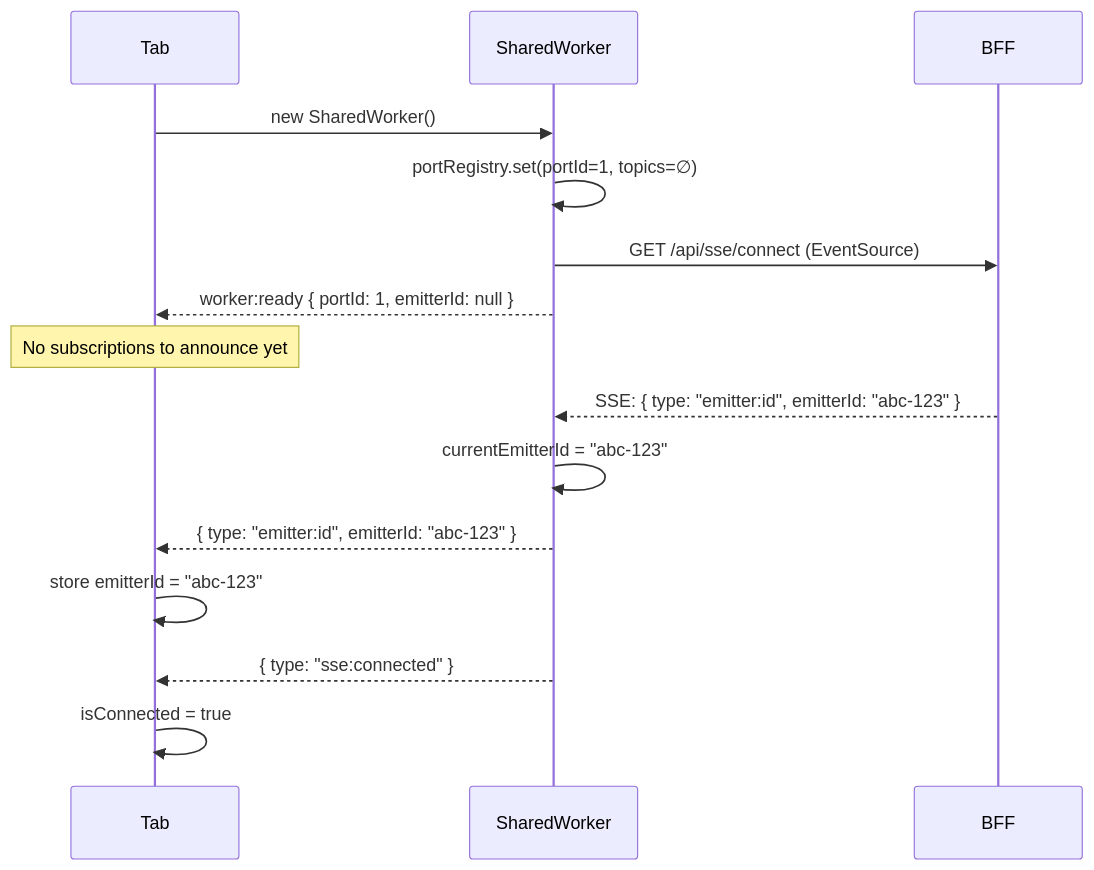
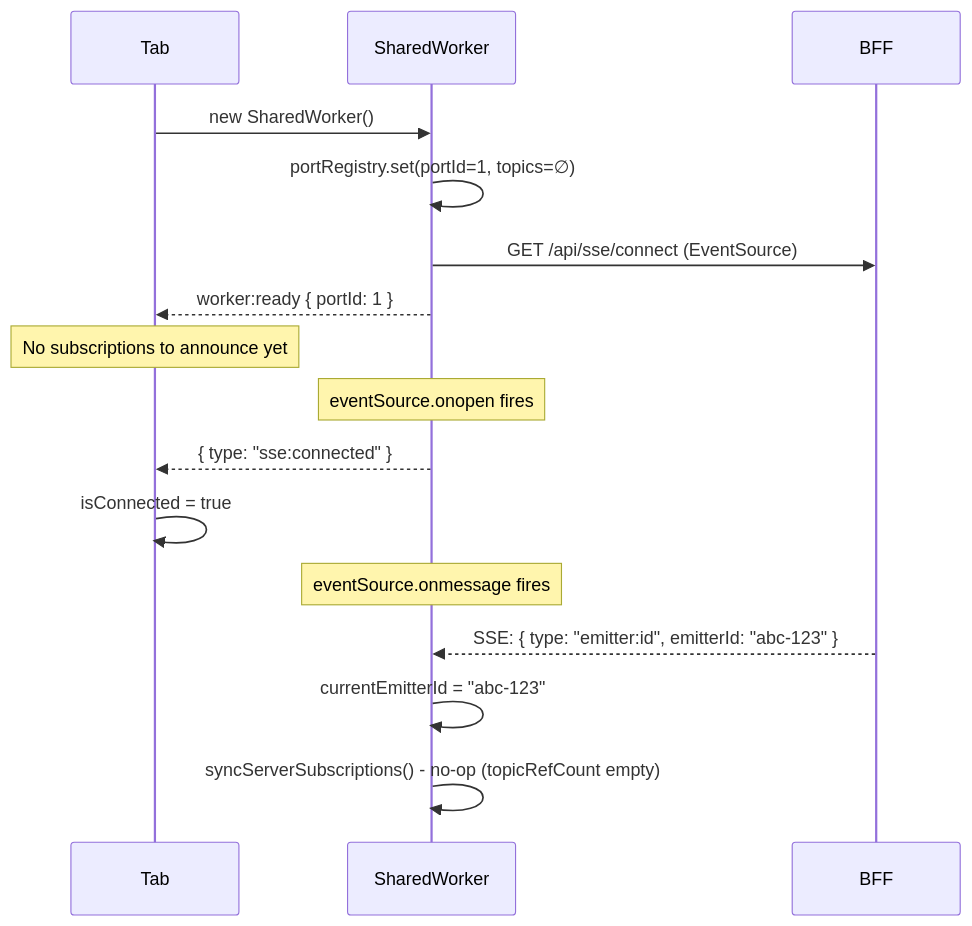
Before and after one commit to iarroyo/sse-demo: the first of 7 diagrams in SSE-DIAGRAMS.md, drawn with Mermaid. The commit also changed other lines of this file and 1 other file, not shown here.

Commit message:
docs(sse): fix onopen/onmessage ordering in diagrams and scenarios
sse:connected (onopen) always fires before emitter:id (onmessage).
Corrected the sequence in diagrams 1, 5, 6 and scenarios 1, 6, 7
to reflect the real EventSource event order.

````diff
--- a/SSE-DIAGRAMS.md
+++ b/SSE-DIAGRAMS.md
@@ -13,20 +13,21 @@
 ```mermaid
 sequenceDiagram
     participant Tab
     participant Worker as SharedWorker
     participant Server as BFF
 
     Tab->>Worker: new SharedWorker()
     Worker->>Worker: portRegistry.set(portId=1, topics=∅)
     Worker->>Server: GET /api/sse/connect (EventSource)
-    Worker-->>Tab: worker:ready { portId: 1, emitterId: null }
+    Worker-->>Tab: worker:ready { portId: 1 }
     Note over Tab: No subscriptions to announce yet
 
+    Note over Worker: eventSource.onopen fires
+    Worker-->>Tab: { type: "sse:connected" }
+    Tab->>Tab: isConnected = true
+
+    Note over Worker: eventSource.onmessage fires
     Server-->>Worker: SSE: { type: "emitter:id", emitterId: "abc-123" }
     Worker->>Worker: currentEmitterId = "abc-123"
-    Worker-->>Tab: { type: "emitter:id", emitterId: "abc-123" }
-    Tab->>Tab: store emitterId = "abc-123"
-
-    Worker-->>Tab: { type: "sse:connected" }
-    Tab->>Tab: isConnected = true
+    Worker->>Worker: syncServerSubscriptions() - no-op (topicRefCount empty)
 ```
````
